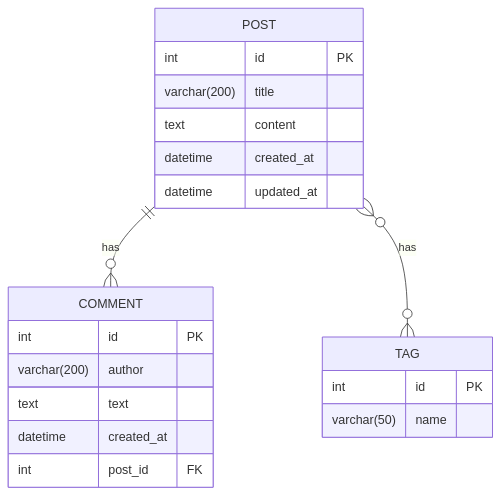
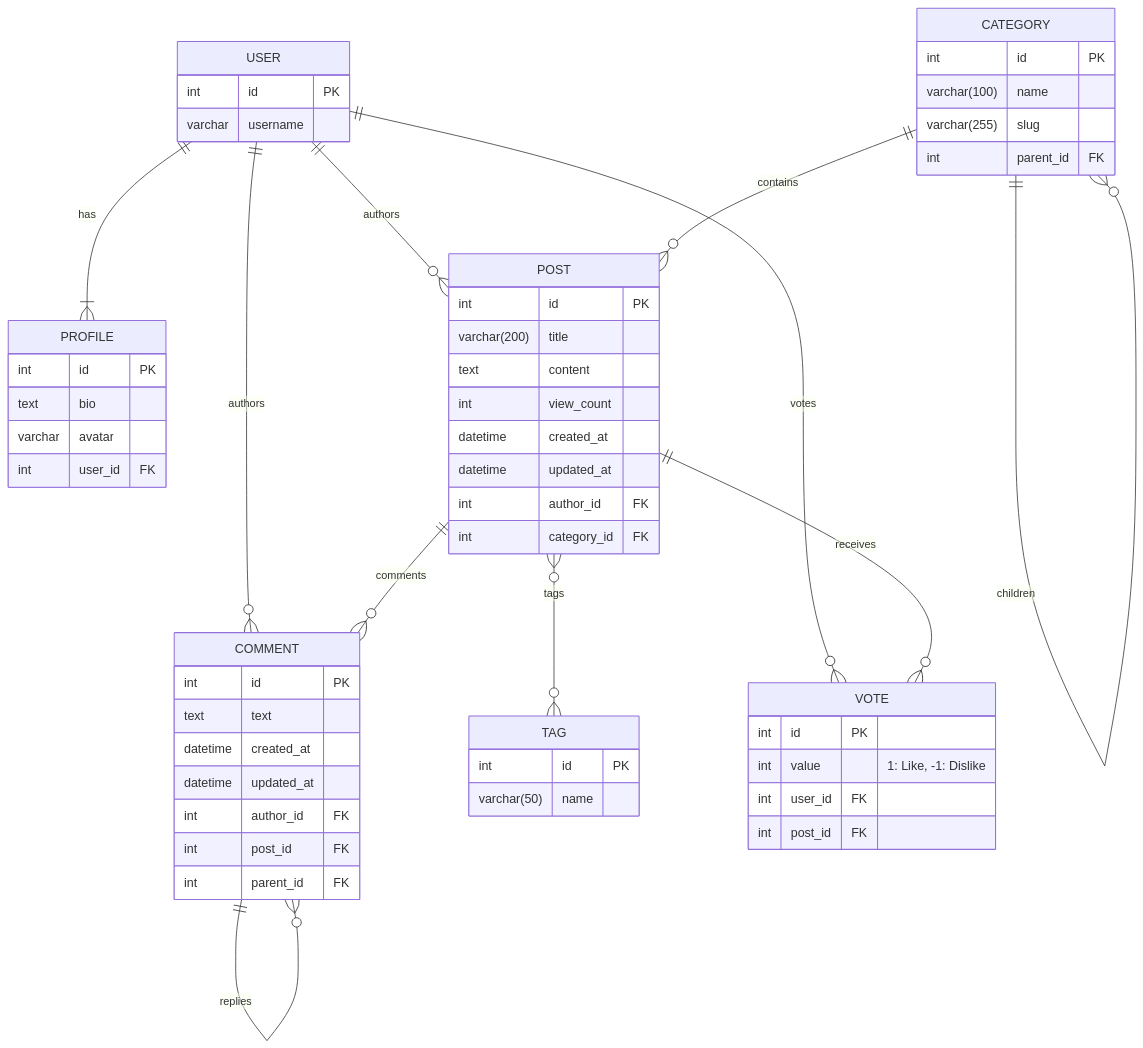
Before and after one commit to lain13/django-blog-with-cline-gemini-2.5-pro: the diagram in docs/erd.mmd, drawn with Mermaid. The commit also changed 6 other files, not shown here.

```diff
--- a/docs/erd.mmd
+++ b/docs/erd.mmd
@@ -1,24 +1,66 @@
 erDiagram
+    USER {
+        int id PK
+        varchar username
+    }
+
+    PROFILE {
+        int id PK
+        text bio
+        varchar avatar
+        int user_id FK
+    }
+
     POST {
         int id PK
         varchar(200) title
         text content
+        int view_count
         datetime created_at
         datetime updated_at
+        int author_id FK
+        int category_id FK
     }
 
     COMMENT {
         int id PK
-        varchar(200) author
         text text
         datetime created_at
+        datetime updated_at
+        int author_id FK
         int post_id FK
+        int parent_id FK
     }
 
     TAG {
         int id PK
         varchar(50) name
     }
 
-    POST ||--o{ COMMENT : "has"
-    POST }o--o{ TAG : "has"
+    CATEGORY {
+        int id PK
+        varchar(100) name
+        varchar(255) slug
+        int parent_id FK
+    }
+
+    VOTE {
+        int id PK
+        int value "1: Like, -1: Dislike"
+        int user_id FK
+        int post_id FK
+    }
+
+    USER ||--|{ PROFILE : "has"
+    USER ||--o{ POST : "authors"
+    USER ||--o{ COMMENT : "authors"
+    USER ||--o{ VOTE : "votes"
+
+    POST ||--o{ COMMENT : "comments"
+    POST }o--o{ TAG : "tags"
+    POST ||--o{ VOTE : "receives"
+
+    CATEGORY ||--o{ POST : "contains"
+    CATEGORY ||--o{ CATEGORY : "children"
+
+    COMMENT ||--o{ COMMENT : "replies"
```
